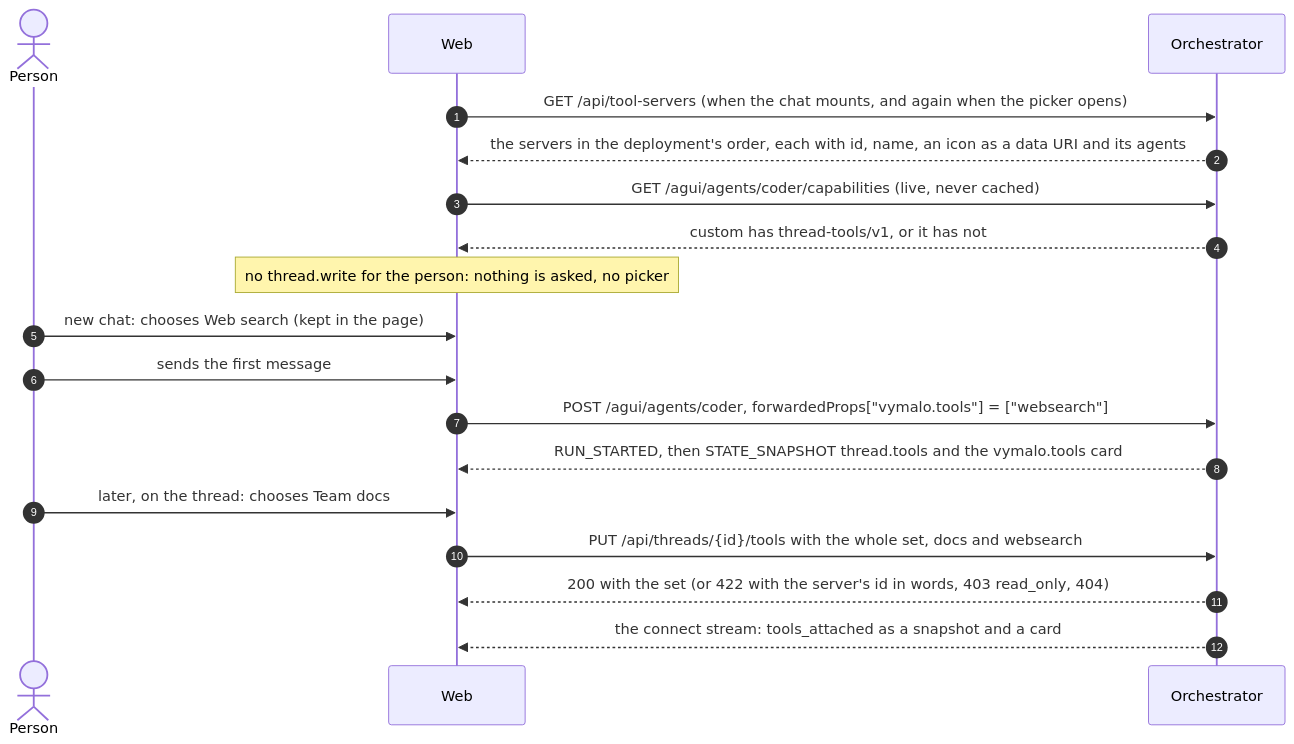
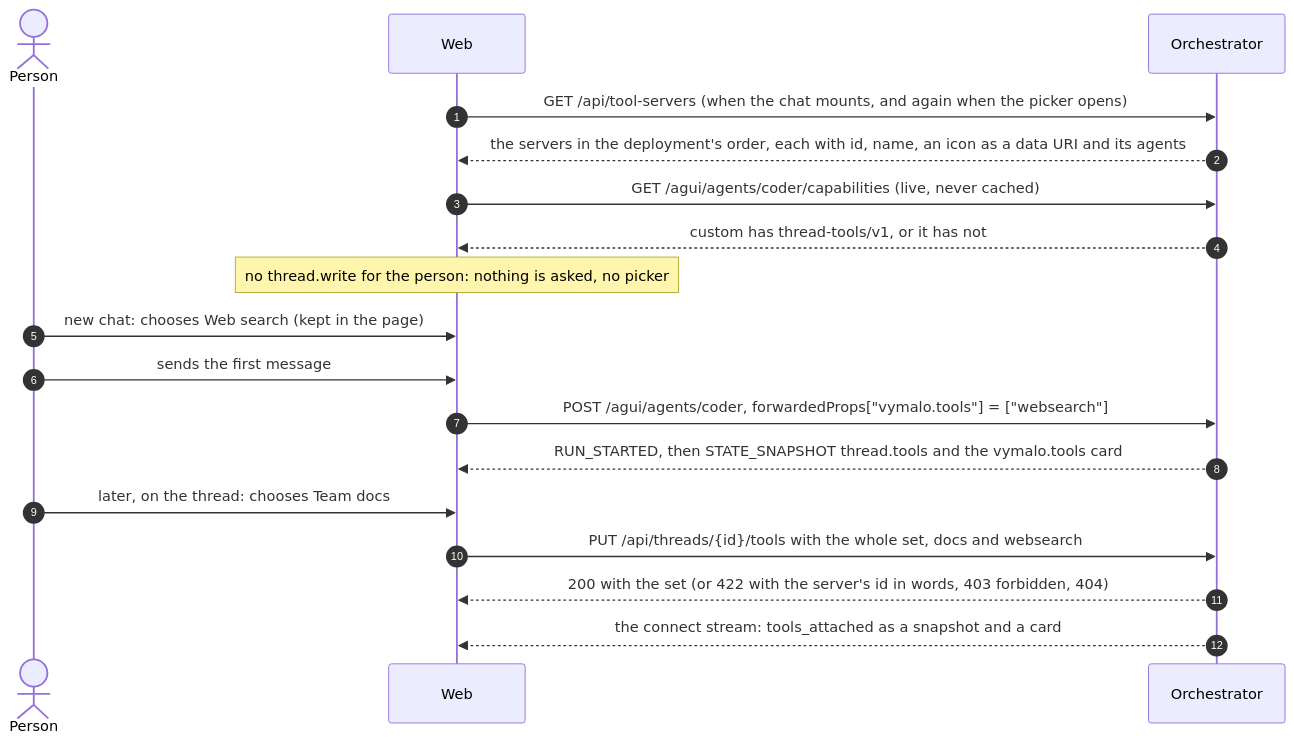
One commit to vymalo/another-agentic-system changed the ninth of 26 diagrams in web/README.md. Above: the diagram before and after it, drawn with Mermaid. The commit also changed other lines of this file and 76 other files, not shown here.

````diff
--- a/web/README.md
+++ b/web/README.md
@@ -615,20 +614,20 @@
 ```mermaid
 sequenceDiagram
   autonumber
   actor U as Person
   participant W as Web
   participant O as Orchestrator
   W->>O: GET /api/tool-servers (when the chat mounts, and again when the picker opens)
   O-->>W: the servers in the deployment's order, each with id, name, an icon as a data URI and its agents
   W->>O: GET /agui/agents/coder/capabilities (live, never cached)
   O-->>W: custom has thread-tools/v1, or it has not
   Note over W: no thread.write for the person: nothing is asked, no picker
   U->>W: new chat: chooses Web search (kept in the page)
   U->>W: sends the first message
   W->>O: POST /agui/agents/coder, forwardedProps["vymalo.tools"] = ["websearch"]
   O-->>W: RUN_STARTED, then STATE_SNAPSHOT thread.tools and the vymalo.tools card
   U->>W: later, on the thread: chooses Team docs
   W->>O: PUT /api/threads/{id}/tools with the whole set, docs and websearch
-  O-->>W: 200 with the set (or 422 with the server's id in words, 403 read_only, 404)
+  O-->>W: 200 with the set (or 422 with the server's id in words, 403 forbidden, 404)
   O-->>W: the connect stream: tools_attached as a snapshot and a card
 ```
````
